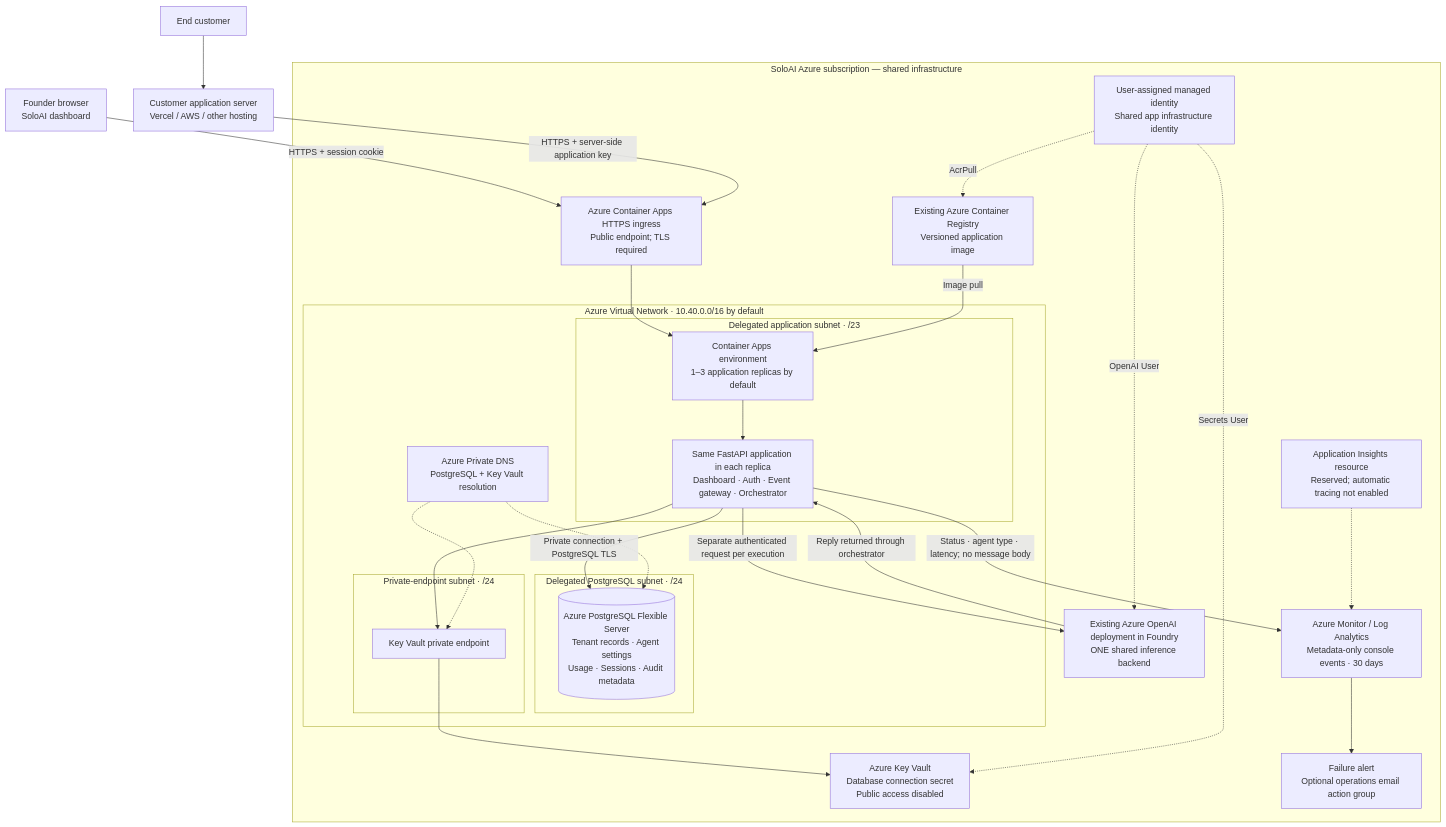
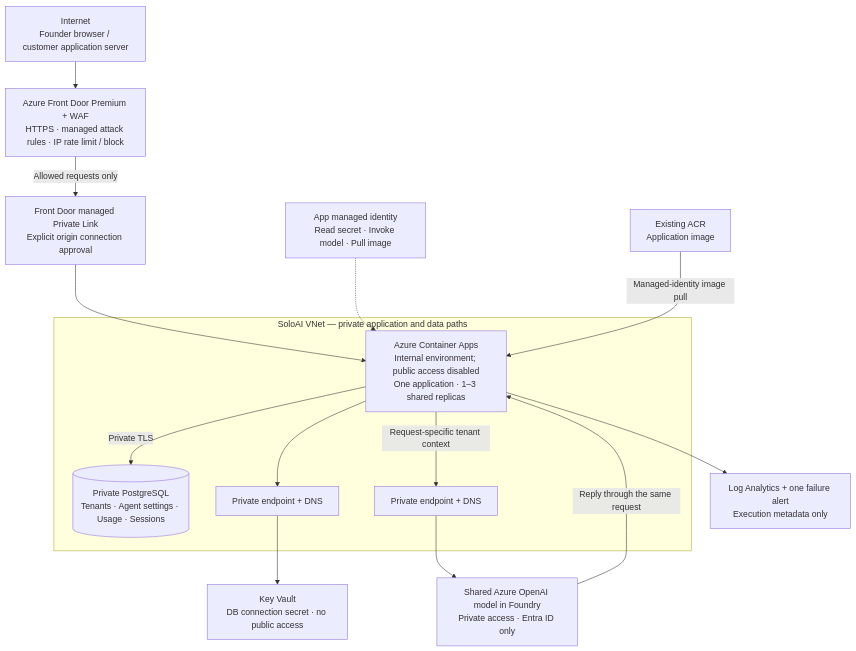
The first of 3 diagrams in docs/ARCHITECTURE.md (sumitsharma01/soloai), drawn with Mermaid before and after one commit. The commit also changed other lines of this file and 19 other files, not shown here.

Commit message:
Simplify Azure starter around Front Door WAF and private app/AI connections

````diff
--- a/docs/ARCHITECTURE.md
+++ b/docs/ARCHITECTURE.md
@@ -11,49 +7,30 @@
 ```mermaid
 flowchart TB
-    founder["Founder browser<br/>SoloAI dashboard"]
-    visitor["End customer"]
-    customer["Customer application server<br/>Vercel / AWS / other hosting"]
-    visitor --> customer
+    internet["Internet<br/>Founder browser / customer application server"]
+    edge["Azure Front Door Premium + WAF<br/>HTTPS · managed attack rules · IP rate limit / block"]
+    privateOrigin["Front Door managed Private Link<br/>Explicit origin connection approval"]
 
-    subgraph azure["SoloAI Azure subscription — shared infrastructure"]
-      ingress["Azure Container Apps HTTPS ingress<br/>Public endpoint; TLS required"]
-      subgraph vnet["Azure Virtual Network · 10.40.0.0/16 by default"]
-        subgraph appSubnet["Delegated application subnet · /23"]
-          app["Container Apps environment<br/>1–3 application replicas by default"]
-          service["Same FastAPI application in each replica<br/>Dashboard · Auth · Event gateway · Orchestrator"]
-          app --> service
-        end
-        subgraph dbSubnet["Delegated PostgreSQL subnet · /24"]
-          db[("Azure PostgreSQL Flexible Server<br/>Tenant records · Agent settings<br/>Usage · Sessions · Audit metadata")]
-        end
-        subgraph peSubnet["Private-endpoint subnet · /24"]
-          pe["Key Vault private endpoint"]
-        end
-        dns["Azure Private DNS<br/>PostgreSQL + Key Vault resolution"]
-      end
-      vault["Azure Key Vault<br/>Database connection secret<br/>Public access disabled"]
-      identity["User-assigned managed identity<br/>Shared app infrastructure identity"]
-      acr["Existing Azure Container Registry<br/>Versioned application image"]
-      foundry["Existing Azure OpenAI deployment in Foundry<br/>ONE shared inference backend"]
-      logs["Azure Monitor / Log Analytics<br/>Metadata-only console events · 30 days"]
-      alert["Failure alert<br/>Optional operations email action group"]
-      insights["Application Insights resource<br/>Reserved; automatic tracing not enabled"]
+    subgraph vnet["SoloAI VNet — private application and data paths"]
+      app["Azure Container Apps<br/>Internal environment; public access disabled<br/>One application · 1–3 shared replicas"]
+      db[("Private PostgreSQL<br/>Tenants · Agent settings · Usage · Sessions")]
+      vaultEndpoint["Private endpoint + DNS"]
+      modelEndpoint["Private endpoint + DNS"]
     end
 
-    founder -->|"HTTPS + session cookie"| ingress
-    customer -->|"HTTPS + server-side application key"| ingress
-    ingress --> app
-    service -->|"Private connection + PostgreSQL TLS"| db
-    service --> pe --> vault
-    dns -.-> db
-    dns -.-> pe
-    identity -.->|"AcrPull"| acr
-    acr -->|"Image pull"| app
-    identity -.->|"Secrets User"| vault
-    identity -.->|"OpenAI User"| foundry
-    service -->|"Separate authenticated request per execution"| foundry
-    foundry -->|"Reply returned through orchestrator"| service
-    service -->|"Status · agent type · latency; no message body"| logs
-    logs --> alert
-    insights -.-> logs
+    vault["Key Vault<br/>DB connection secret · no public access"]
+    model["Shared Azure OpenAI model in Foundry<br/>Private access · Entra ID only"]
+    identity["App managed identity<br/>Read secret · Invoke model · Pull image"]
+    acr["Existing ACR<br/>Application image"]
+    monitor["Log Analytics + one failure alert<br/>Execution metadata only"]
+
+    internet --> edge
+    edge -->|"Allowed requests only"| privateOrigin
+    privateOrigin --> app
+    app -->|"Private TLS"| db
+    app --> vaultEndpoint --> vault
+    app -->|"Request-specific tenant context"| modelEndpoint --> model
+    model -->|"Reply through the same request"| app
+    identity -.-> app
+    acr -->|"Managed-identity image pull"| app
+    app --> monitor
 ```
````
